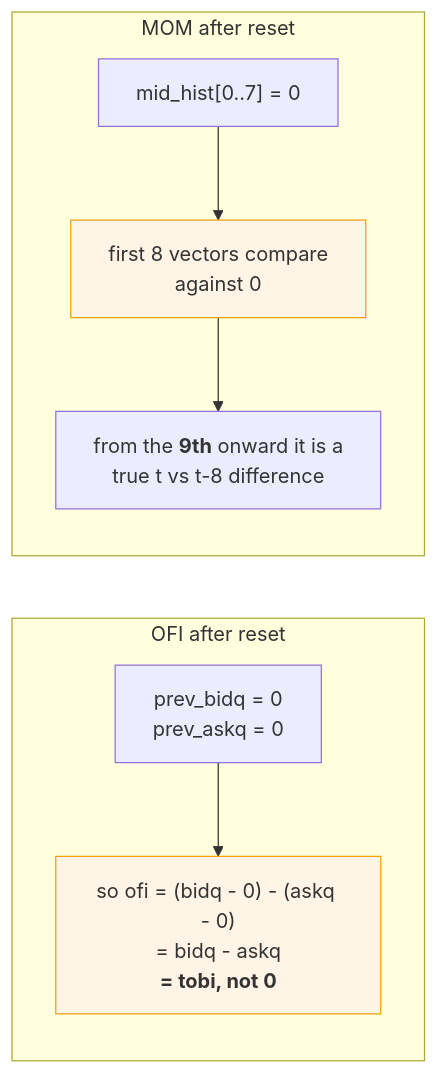
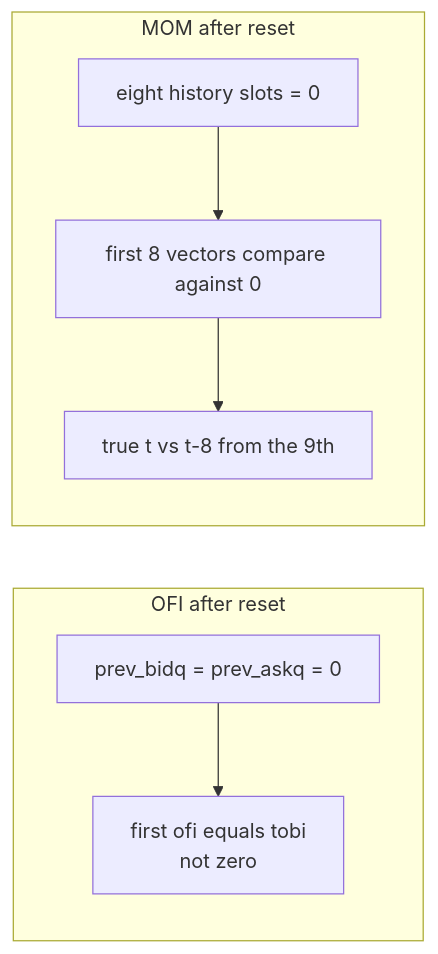
One commit to Rushmello369/fpga-feed-handler changed the fifth of 6 diagrams in docs/diagrams/feature_engine.md. Above: the diagram before and after it, drawn with Mermaid. The commit also changed other lines of this file and 12 other files, not shown here.

Commit message:
add diagrams for system and module architectures

````diff
--- a/docs/diagrams/feature_engine.md
+++ b/docs/diagrams/feature_engine.md
@@ -155,18 +125,11 @@
 ```mermaid
 flowchart LR
     subgraph OFI["OFI after reset"]
-        O1["prev_bidq = 0<br/>prev_askq = 0"]
-        O2["so ofi = (bidq - 0) - (askq - 0)<br/>= bidq - askq<br/><b>= tobi, not 0</b>"]
-        O1 --> O2
+        direction TB
+        O1[prev_bidq = prev_askq = 0] --> O2[first ofi equals tobi<br/>not zero]
     end
-
     subgraph MOMI["MOM after reset"]
-        M1["mid_hist[0..7] = 0"]
-        M2["first 8 vectors compare<br/>against 0"]
-        M3["from the <b>9th</b> onward it is a<br/>true t vs t-8 difference"]
-        M1 --> M2 --> M3
+        direction TB
+        M1[eight history slots = 0] --> M2[first 8 vectors compare against 0] --> M3[true t vs t-8 from the 9th]
     end
-
-    classDef note fill:#fff4e5,stroke:#f59e0b
-    class O2,M2 note
 ```
````
